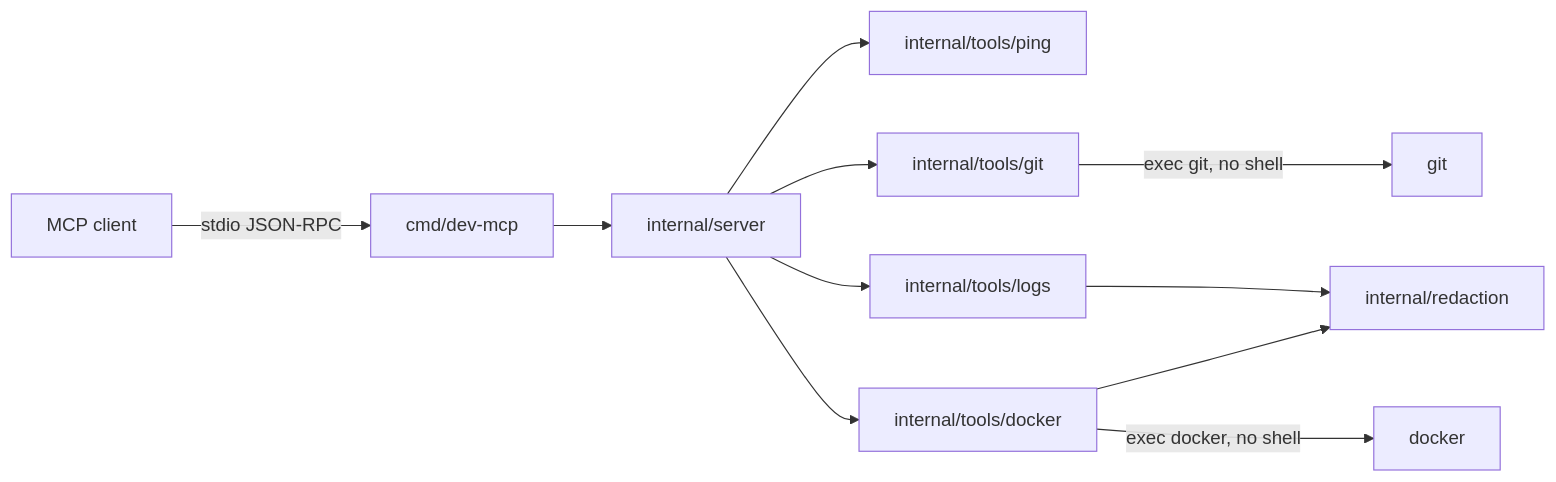
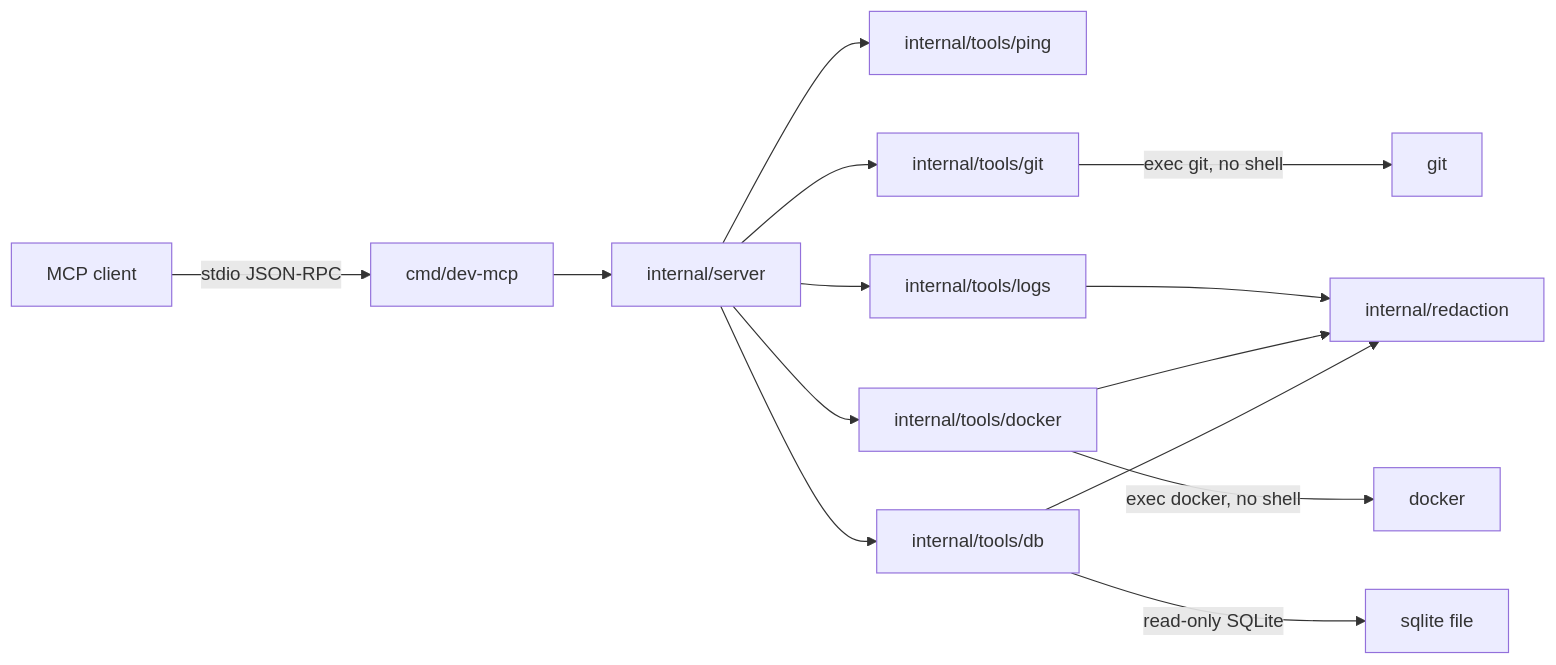
One commit to ManiaSacha/dev-mcp changed the diagram in README.md. Above: the diagram before and after it, drawn with Mermaid. The commit also changed other lines of this file and 10 other files, not shown here.

Commit message:
feat: add read-only sqlite schema and migration status

````diff
--- a/README.md
+++ b/README.md
@@ -169,22 +204,26 @@
 ```mermaid
 flowchart LR
   client[MCP client]
   main["cmd/dev-mcp"]
   server["internal/server"]
   ping["internal/tools/ping"]
   gittools["internal/tools/git"]
   logtools["internal/tools/logs"]
   redact["internal/redaction"]
   dockertools["internal/tools/docker"]
+  dbtools["internal/tools/db"]
 
   client -->|"stdio JSON-RPC"| main
   main --> server
   server --> ping
   server --> gittools
   server --> logtools
   server --> dockertools
+  server --> dbtools
   gittools -->|"exec git, no shell"| gitbin["git"]
   logtools --> redact
   dockertools -->|"exec docker, no shell"| dockerd["docker"]
   dockertools --> redact
+  dbtools -->|"read-only SQLite"| sqlite["sqlite file"]
+  dbtools --> redact
 ```
````
